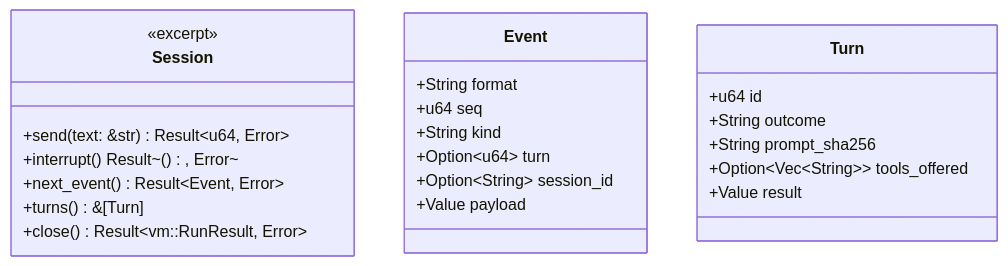
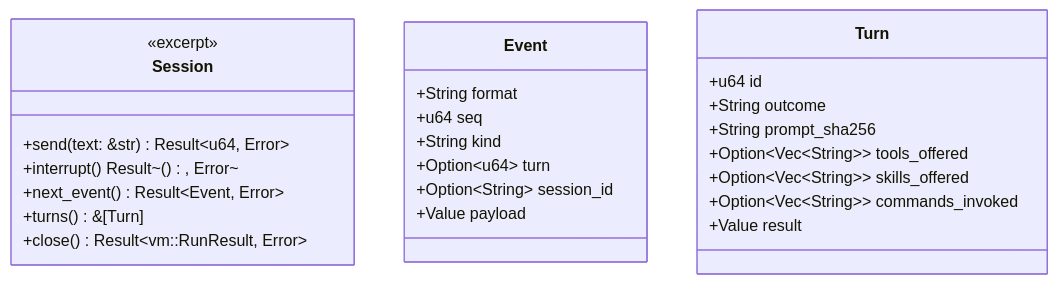
One commit to KombuseLabs/kai changed the diagram in docs/agent.md. Above: the diagram before and after it, drawn with Mermaid. The commit also changed other lines of this file and 9 other files, not shown here.

````diff
--- a/docs/agent.md
+++ b/docs/agent.md
@@ -9,27 +9,29 @@
 ```mermaid
 %% checked against crates/agent
 classDiagram
     class Session {
         <<excerpt>>
         +send(text: &str) Result~u64, Error~
         +interrupt() Result~(), Error~
         +next_event() Result~Event, Error~
         +turns() &[Turn]
         +close() Result~vm::RunResult, Error~
     }
     class Event {
         +String format
         +u64 seq
         +String kind
         +Option~u64~ turn
         +Option~String~ session_id
         +Value payload
     }
     class Turn {
         +u64 id
         +String outcome
         +String prompt_sha256
         +Option~Vec~String~~ tools_offered
+        +Option~Vec~String~~ skills_offered
+        +Option~Vec~String~~ commands_invoked
         +Value result
     }
 ```
````
